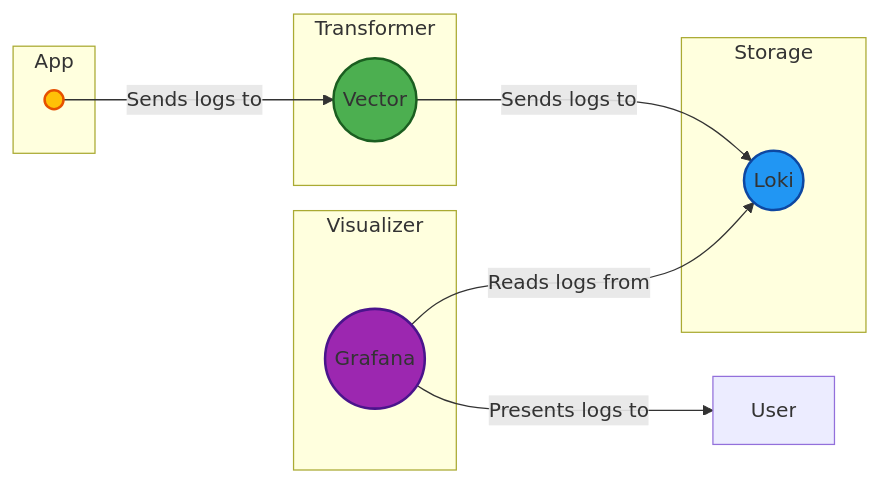
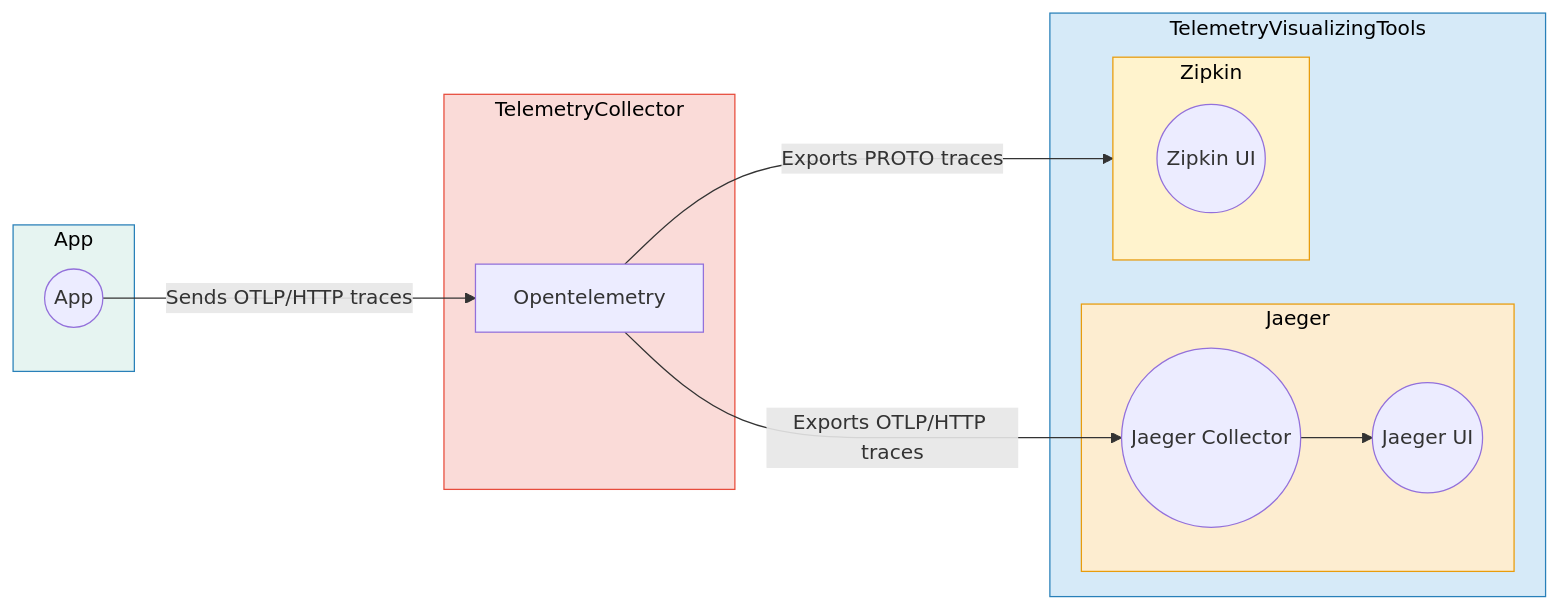
The diagram in .bunnyshell/templates/grafana-vector-loki/README.md (maksimmuravev/bunnyshell-all-in-toolset), drawn with Mermaid before and after one commit. The commit also changed other lines of this file, not shown here.

Commit message:
Update telemetry visualizing tools in Grafana+Vector+Loki

````diff
--- a/.bunnyshell/templates/grafana-vector-loki/README.md
+++ b/.bunnyshell/templates/grafana-vector-loki/README.md
@@ -11,29 +11,36 @@
 ```mermaid
 graph LR
 
-style A fill:#FFC107, stroke:#E65100, stroke-width:2px;
-style B fill:#4CAF50, stroke:#1B5E20, stroke-width:2px;
-style C fill:#2196F3, stroke:#0D47A1, stroke-width:2px;
-style D fill:#9C27B0, stroke:#4A148C, stroke-width:2px;
+style App fill:#E6F4F1,stroke:#2980B9,color:black;
+style Jaeger fill:#FDEDD0,stroke:#E89C0C,color:black;
+style Zipkin fill:#FFF3CD,stroke:#E89C0C,color:black;
+style TelemetryCollector fill:#FADBD8,stroke:#E74C3C,color:black;
+style TelemetryVisualizingTools fill:#D6EAF8,stroke:#2980B9,color:black;
 
 subgraph App
-    A(( ))
+    A((App))
 end
 
-subgraph "Transformer"
-    B(( Vector ))
+subgraph Jaeger
+    B((Jaeger UI))
+    C((Jaeger Collector))
 end
 
-subgraph Storage
-    C(( Loki ))
+subgraph Zipkin
+    D((Zipkin UI))
 end
 
-subgraph Visualizer
-    D(( Grafana ))
+subgraph TelemetryVisualizingTools
+    Jaeger
+    Zipkin
 end
 
-A -->|Sends logs to| B
-B -->|Sends logs to| C
-D -->|Reads logs from| C
-D -->|Presents logs to| User
+subgraph TelemetryCollector
+    Opentelemetry
+end
+
+A -- Sends OTLP/HTTP traces --> Opentelemetry
+Opentelemetry -- Exports PROTO traces  --> Zipkin
+Opentelemetry -- Exports OTLP/HTTP traces --> C
+C --> B
 ```
````
